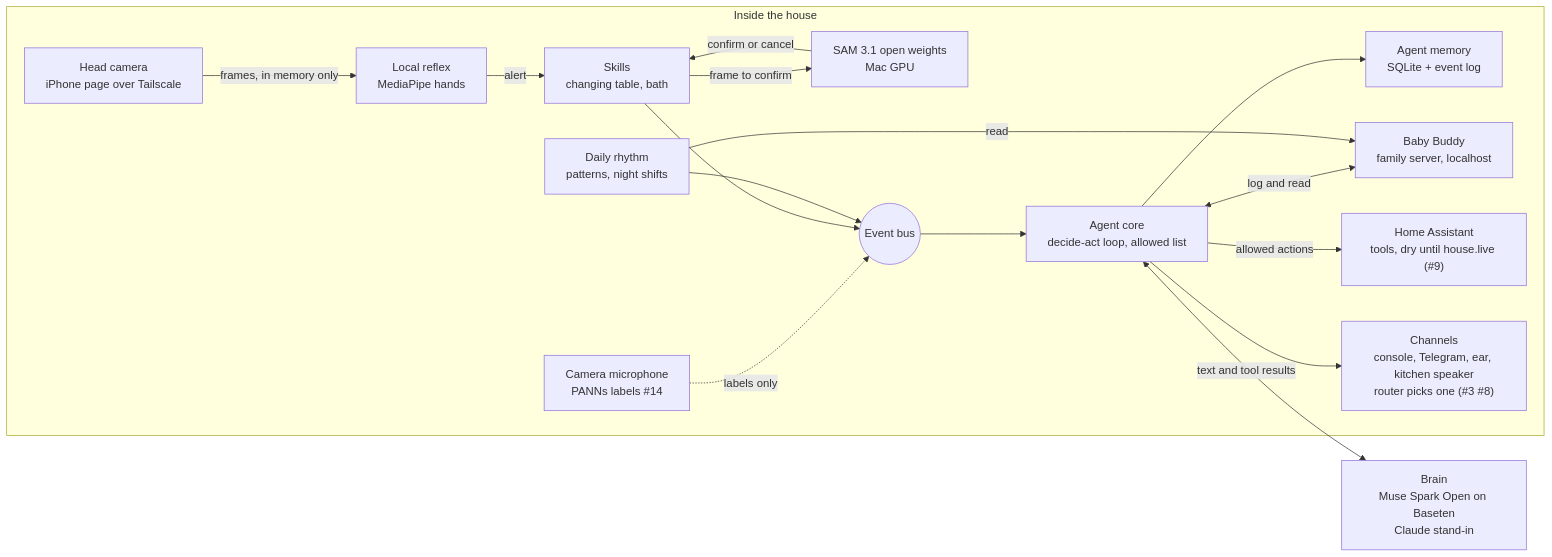
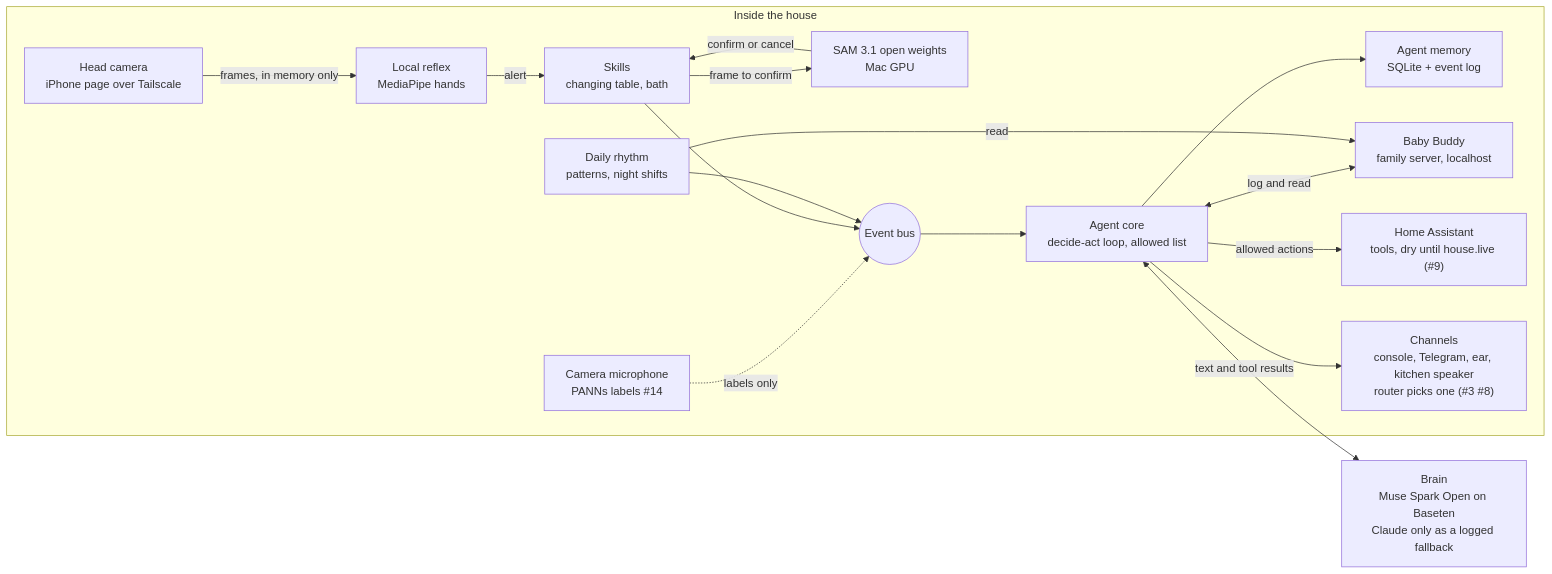
The diagram in docs/architecture.md (gonzalomelov/theos-house), drawn with Mermaid before and after one commit. The commit also changed other lines of this file and 38 other files, not shown here.

First line of the commit message:
Muse Spark Open is the brain of all three agents, Claude only as a logged fallback (#4) (#61)

````diff
--- a/docs/architecture.md
+++ b/docs/architecture.md
@@ -5,33 +5,33 @@
 ```mermaid
 flowchart LR
   subgraph House["Inside the house"]
     cam["Head camera<br/>iPhone page over Tailscale"]
     mic["Camera microphone<br/>PANNs labels #14"]
     reflex["Local reflex<br/>MediaPipe hands"]
     sam["SAM 3.1 open weights<br/>Mac GPU"]
     bus(("Event bus"))
     core["Agent core<br/>decide-act loop, allowed list"]
     mem["Agent memory<br/>SQLite + event log"]
     bb["Baby Buddy<br/>family server, localhost"]
     rhythm["Daily rhythm<br/>patterns, night shifts"]
     skills["Skills<br/>changing table, bath"]
     ha["Home Assistant<br/>tools, dry until house.live (#9)"]
     chan["Channels<br/>console, Telegram, ear, kitchen speaker<br/>router picks one (#3 #8)"]
   end
-  brain["Brain<br/>Muse Spark Open on Baseten<br/>Claude stand-in"]
+  brain["Brain<br/>Muse Spark Open on Baseten<br/>Claude only as a logged fallback"]
 
   cam -->|frames, in memory only| reflex
   reflex -->|alert| skills
   skills -->|frame to confirm| sam
   sam -->|confirm or cancel| skills
   mic -.->|labels only| bus
   skills --> bus
   rhythm --> bus
   bus --> core
   core <-->|text and tool results| brain
   core --> mem
   core <-->|log and read| bb
   rhythm -->|read| bb
   core -->|allowed actions| ha
   core --> chan
 ```
````
